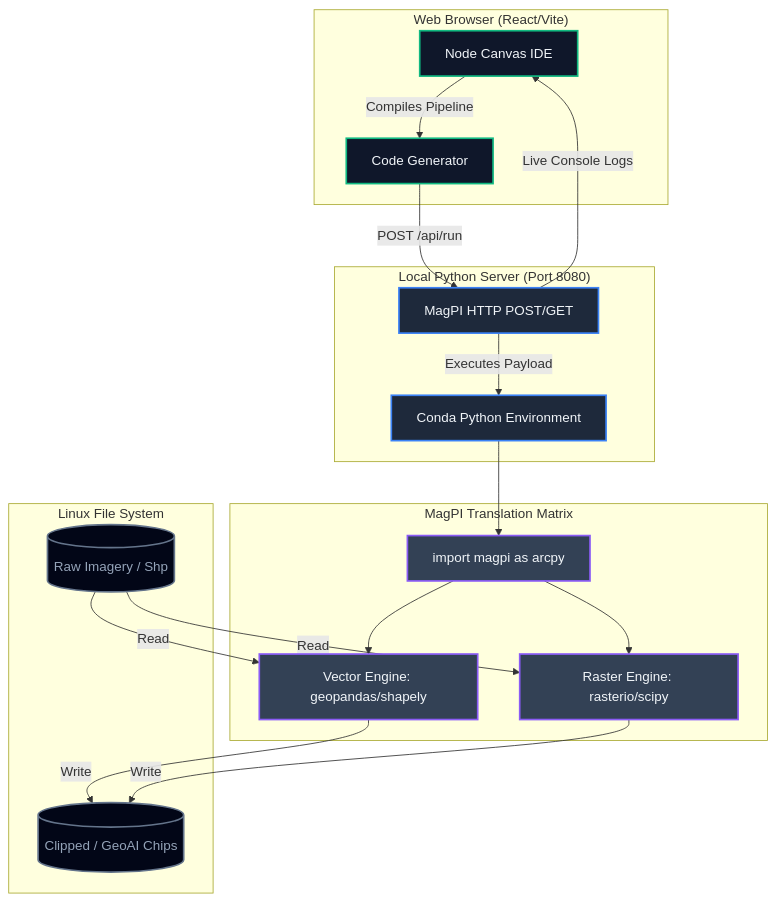
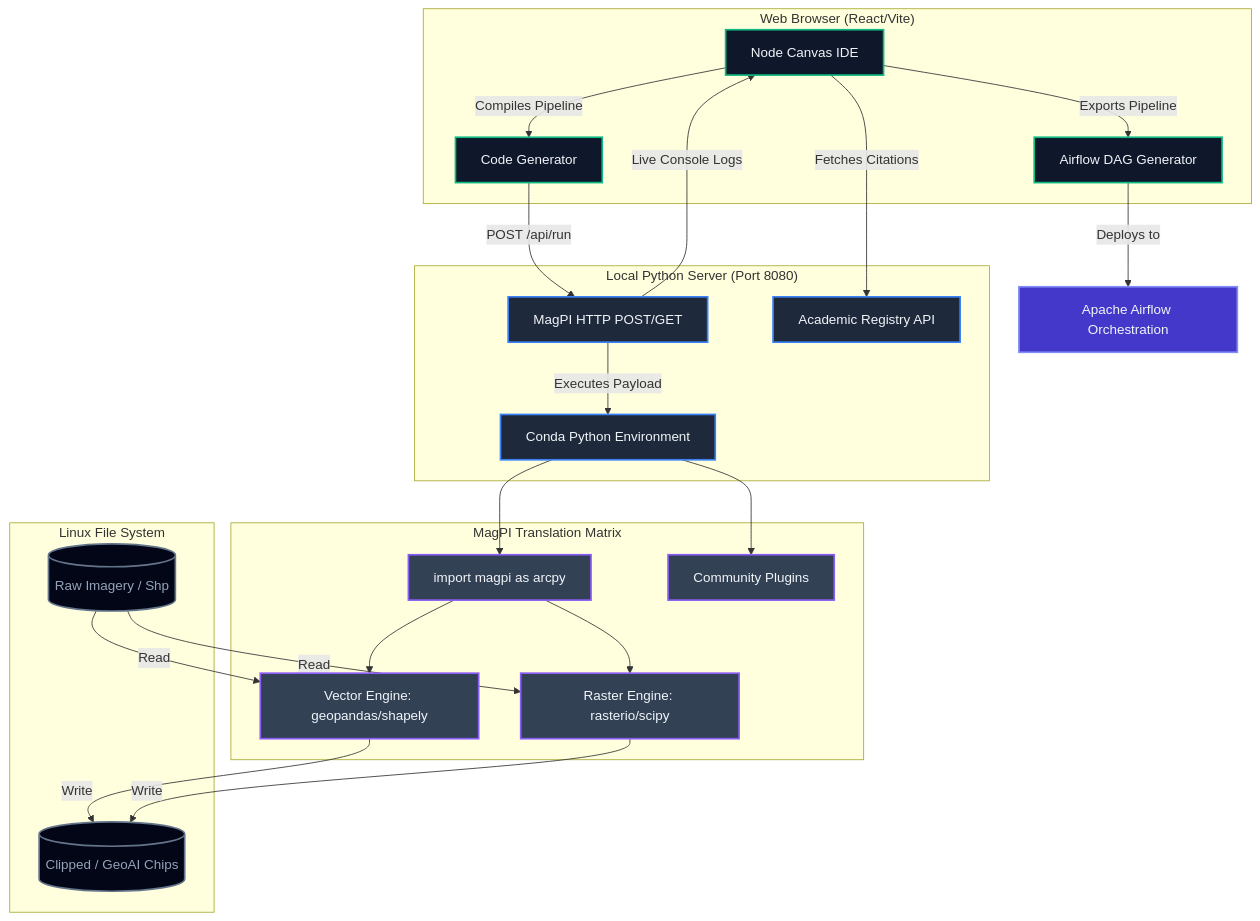
The diagram in README.md (nexavision-tech/MagPI), drawn with Mermaid before and after one commit. The commit also changed other lines of this file and 1 other file, not shown here.

Commit message:
feat: add community plugins, Airflow integration, and academic registry support while introducing the MagPI Doctrine documentation.

````diff
--- a/README.md
+++ b/README.md
@@ -54,46 +54,54 @@
 ``` mermaid
 graph TD
     %% Styling
     classDef ui fill:#0f172a,stroke:#10b981,stroke-width:2px,color:#f1f5f9
     classDef daemon fill:#1e293b,stroke:#3b82f6,stroke-width:2px,color:#f1f5f9
     classDef engine fill:#334155,stroke:#8b5cf6,stroke-width:2px,color:#f1f5f9
     classDef disk fill:#020617,stroke:#64748b,stroke-width:2px,color:#94a3b8
+    classDef airflow fill:#4338ca,stroke:#818cf8,stroke-width:2px,color:#f1f5f9
 
     %% Nodes
     subgraph UI["Web Browser (React/Vite)"]
         Canvas[Node Canvas IDE]:::ui
         Script[Code Generator]:::ui
+        AirflowExport[Airflow DAG Generator]:::ui
     end
 
     subgraph DAEMON["Local Python Server (Port 8080)"]
         API[MagPI HTTP POST/GET]:::daemon
         Interpreter[Conda Python Environment]:::daemon
+        Registry[Academic Registry API]:::daemon
     end
 
     subgraph ENGINE["MagPI Translation Matrix"]
         ArcpyBridge[import magpi as arcpy]:::engine
         GeoPandas[Vector Engine: geopandas/shapely]:::engine
         Rasterio[Raster Engine: rasterio/scipy]:::engine
+        Community[Community Plugins]:::engine
     end
 
     subgraph OS["Linux File System"]
         Inputs[(Raw Imagery / Shp)]:::disk
         Outputs[(Clipped / GeoAI Chips)]:::disk
     end
 
     %% Connections
     Canvas -->|Compiles Pipeline| Script
+    Canvas -->|Exports Pipeline| AirflowExport
+    AirflowExport -->|Deploys to| Airflow[Apache Airflow Orchestration]:::airflow
     Script -->|POST /api/run| API
+    Canvas -->|Fetches Citations| Registry
     
     API -->|Executes Payload| Interpreter
     Interpreter --> ArcpyBridge
+    Interpreter --> Community
     ArcpyBridge --> GeoPandas
     ArcpyBridge --> Rasterio
     
     Inputs -->|Read| Rasterio
     Inputs -->|Read| GeoPandas
     GeoPandas -->|Write| Outputs
     Rasterio -->|Write| Outputs
     
     API -->|Live Console Logs| Canvas
 ```
````
